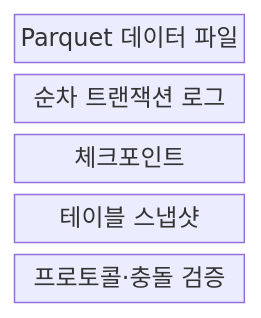
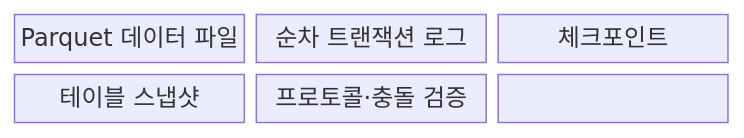
The first of 2 diagrams in src/content/docs/notes/08-latest-tech/190_delta_lake.md (agnusdei1207/knowledge-base), drawn with Mermaid before and after one commit. The commit also changed other lines of this file and 228 other files, not shown here.

````diff
--- a/src/content/docs/notes/08-latest-tech/190_delta_lake.md
+++ b/src/content/docs/notes/08-latest-tech/190_delta_lake.md
@@ -53,9 +52,11 @@
 ```mermaid
 block-beta
-  columns 1
-  A["Parquet 데이터 파일"]
-  B["순차 트랜잭션 로그"]
-  C["체크포인트"]
-  D["테이블 스냅샷"]
-  E["프로토콜·충돌 검증"]
+  columns 3
+  N0["Parquet 데이터 파일"]
+  N1["순차 트랜잭션 로그"]
+  N2["체크포인트"]
+  N3["테이블 스냅샷"]
+  N4["프로토콜·충돌 검증"]
+  N0 --- N1 --- N2
+  N2 --- N3 --- N4
 ```
````
